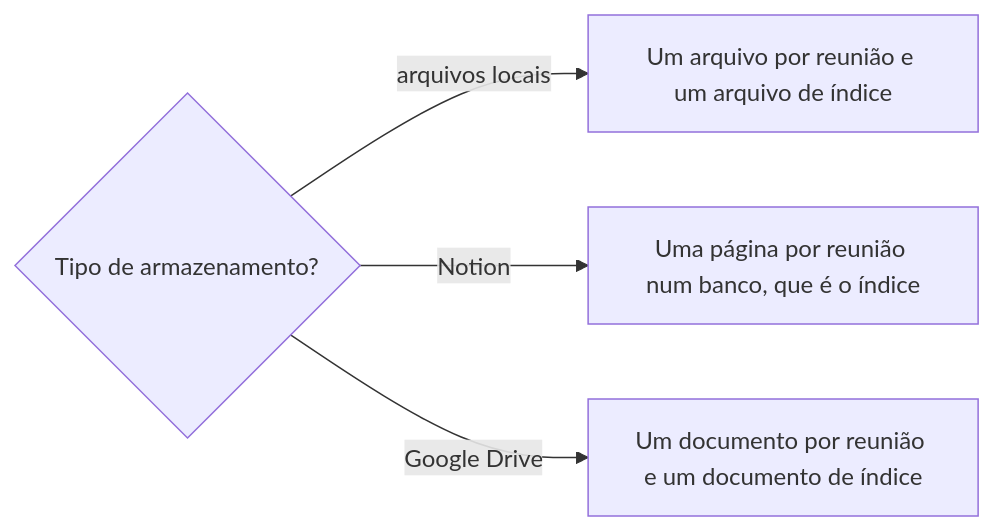
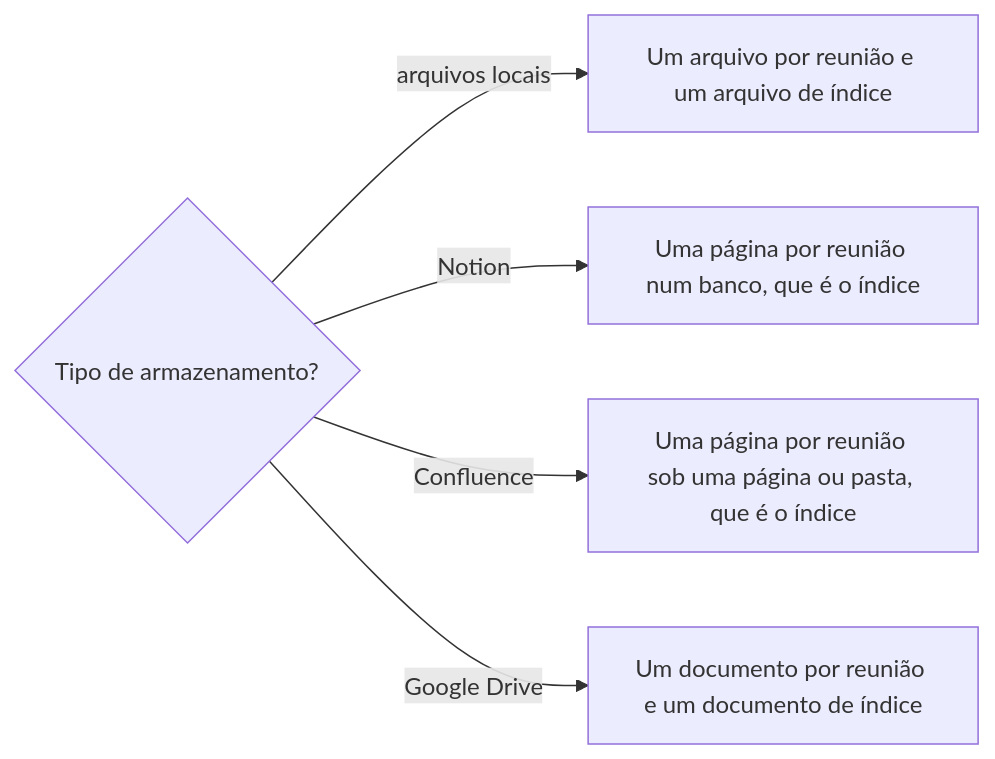
One commit to jimmyandrade/harness changed the first of 2 diagrams in .agents/skills/definir-registro-de-reuniao/SKILL.md. Above: the diagram before and after it, drawn with Mermaid. The commit also changed other lines of this file and 1 other file, not shown here.

````diff
--- a/.agents/skills/definir-registro-de-reuniao/SKILL.md
+++ b/.agents/skills/definir-registro-de-reuniao/SKILL.md
@@ -35,6 +36,7 @@
 ```mermaid
 flowchart LR
   T{Tipo de armazenamento?} -->|arquivos locais| A[Um arquivo por reunião e um arquivo de índice]
   T -->|Notion| N[Uma página por reunião num banco, que é o índice]
+  T -->|Confluence| C[Uma página por reunião sob uma página ou pasta, que é o índice]
   T -->|Google Drive| D[Um documento por reunião e um documento de índice]
 ```
````
